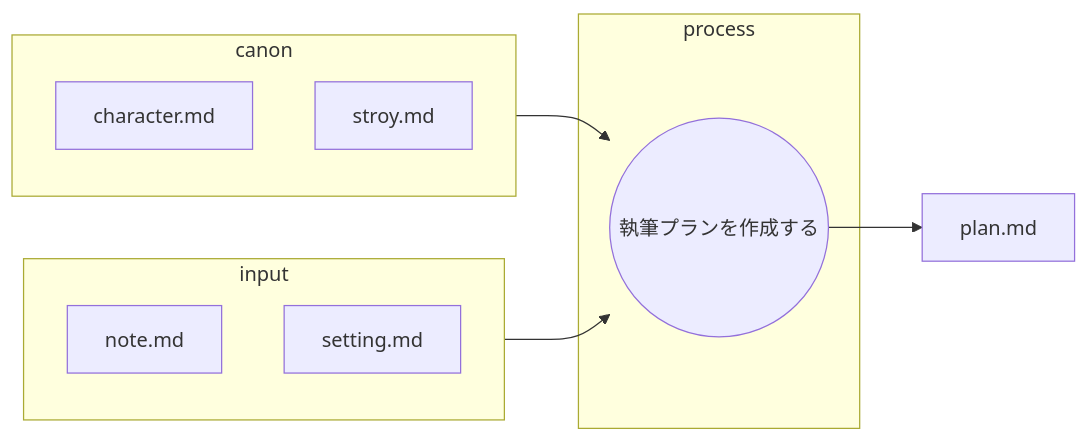
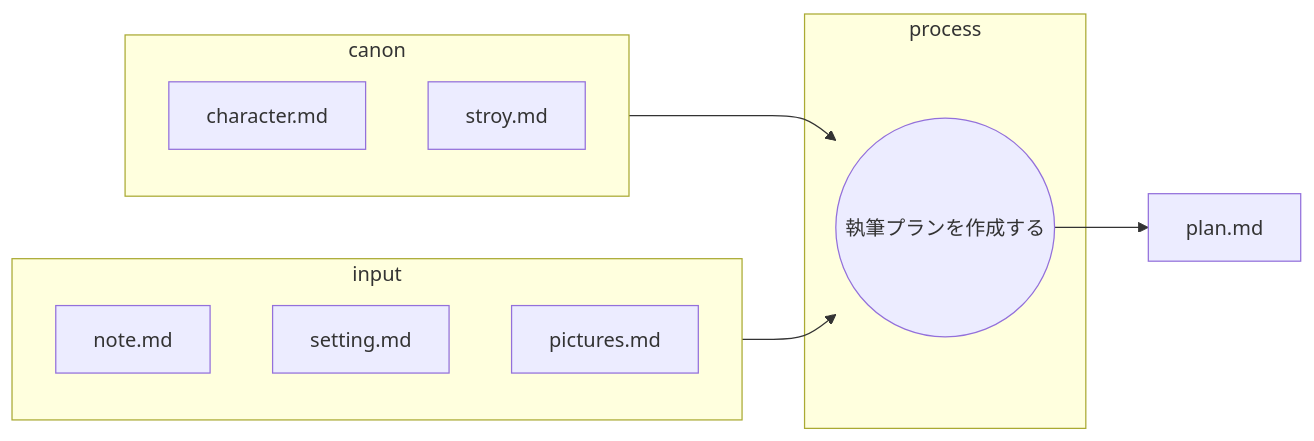
Before and after one commit to yomai-hiyashidewa/novel_workflow: the diagram in prompts/planner.md, drawn with Mermaid. The commit also changed other lines of this file and 7 other files, not shown here.

````diff
--- a/prompts/planner.md
+++ b/prompts/planner.md
@@ -7,27 +7,28 @@
 ```mermaid
 graph LR
 
     subgraph input
         md0[note.md]
         md1[setting.md]
+        md2[pictures.md]
     end
 
     subgraph canon
         c_character[character.md]
         c_story[stroy.md]
         
     end
 
     product[plan.md]
 
 
     subgraph process
         process_plan((執筆プランを作成する))
     end
 
     canon --> process_plan
     input --> process_plan
     process_plan --> product
 
 
 ```
````
